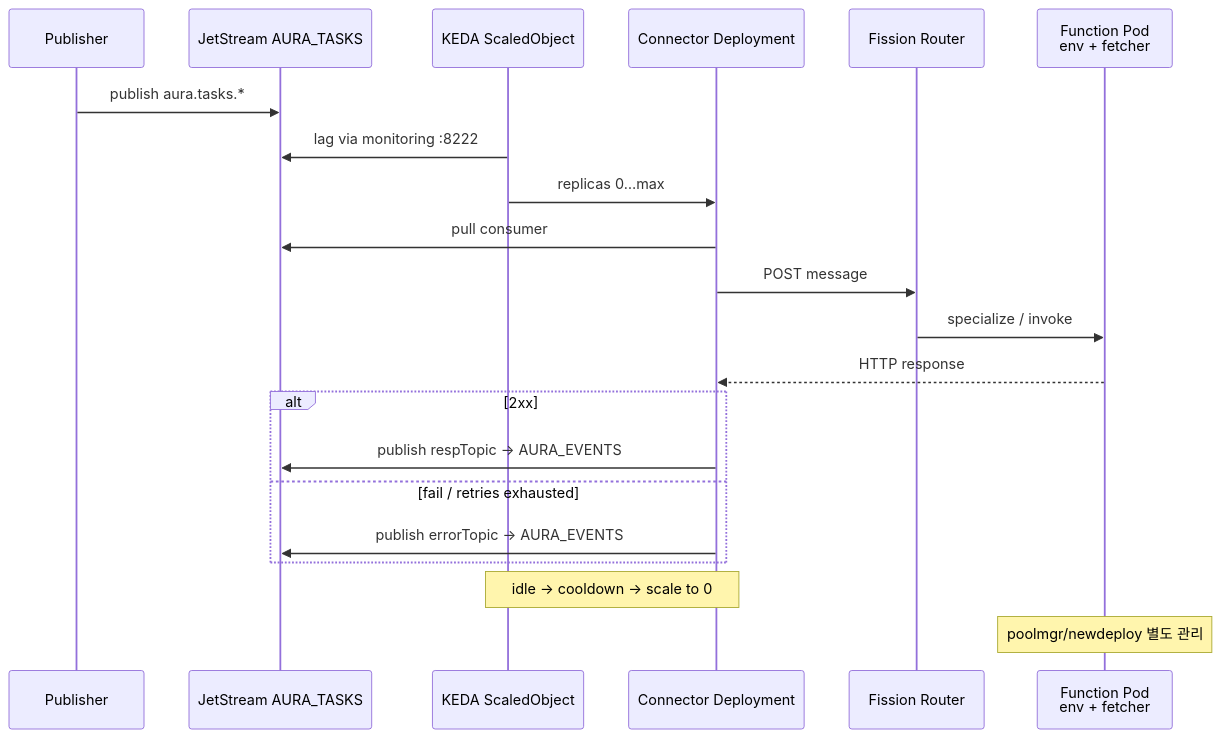
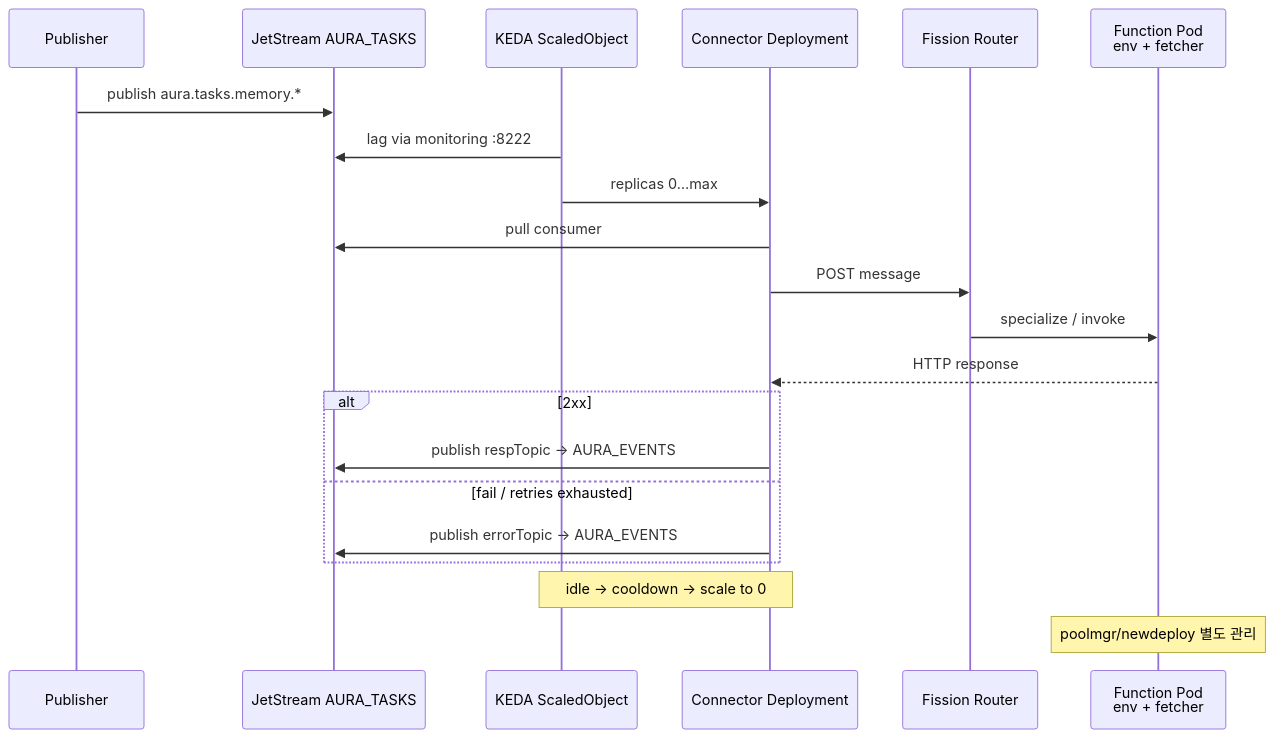
One commit to yoosungung/aura changed the fourth of 7 diagrams in MESSAGE-FLOW.md. Above: the diagram before and after it, drawn with Mermaid. The commit also changed other lines of this file and 1 other file, not shown here.

First line of the commit message:
Align message-flow docs with agent/mcp task-bridge routing.

````diff
--- a/MESSAGE-FLOW.md
+++ b/MESSAGE-FLOW.md
@@ -168,24 +184,24 @@
 ```mermaid
 sequenceDiagram
   participant Pub as Publisher
   participant JS as JetStream AURA_TASKS
   participant KEDA as KEDA ScaledObject
   participant Conn as Connector Deployment
   participant Router as Fission Router
   participant Fn as Function Pod<br/>env + fetcher
 
-  Pub->>JS: publish aura.tasks.*
+  Pub->>JS: publish aura.tasks.memory.*
   KEDA->>JS: lag via monitoring :8222
   KEDA->>Conn: replicas 0…max
   Conn->>JS: pull consumer
   Conn->>Router: POST message
   Router->>Fn: specialize / invoke
   Fn-->>Conn: HTTP response
   alt 2xx
     Conn->>JS: publish respTopic → AURA_EVENTS
   else fail / retries exhausted
     Conn->>JS: publish errorTopic → AURA_EVENTS
   end
   Note over KEDA,Conn: idle → cooldown → scale to 0
   Note over Fn: poolmgr/newdeploy 별도 관리
 ```
````
